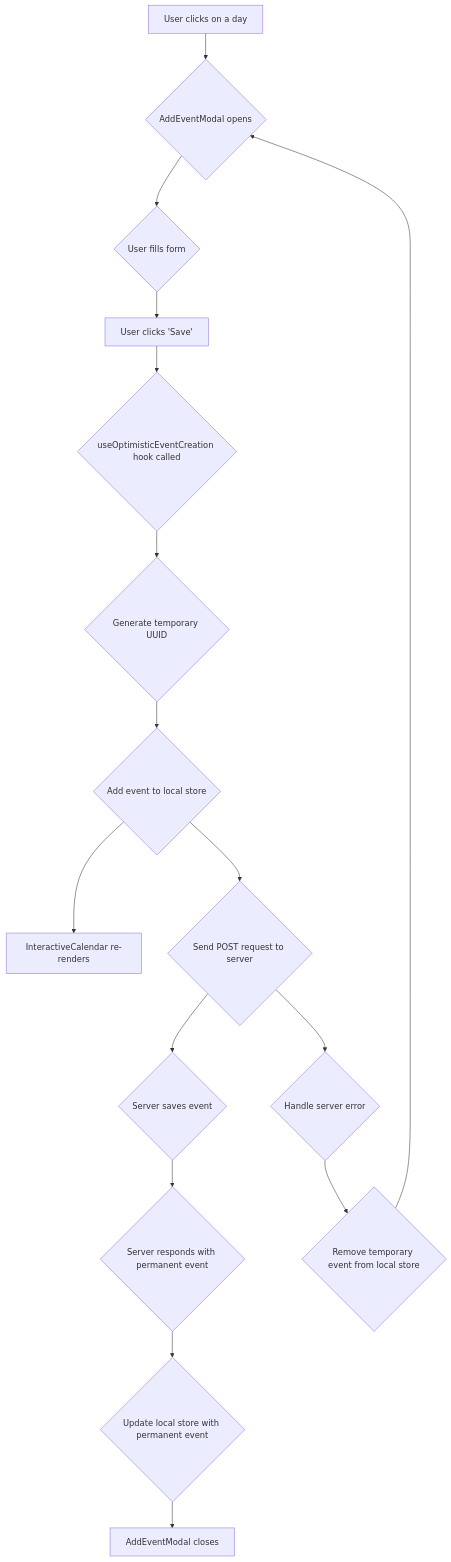
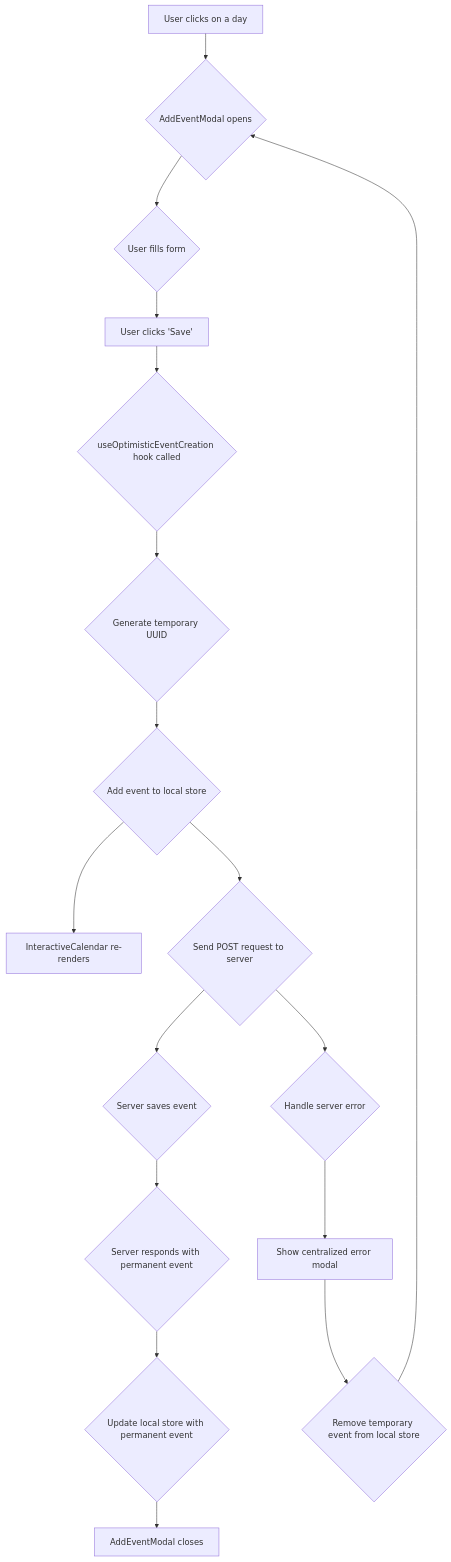
The first of 5 diagrams in README.md (smoothdev35/print-calendar-2025), drawn with Mermaid before and after one commit. The commit also changed other lines of this file and 15 other files, not shown here.

First line of the commit message:
feat(forms): implement standardized form handling and centralized error modal

````diff
--- a/README.md
+++ b/README.md
@@ -90,18 +132,19 @@
 ```mermaid
 graph TD
     A[User clicks on a day] --> B{AddEventModal opens};
     B --> C{User fills form};
     C --> D[User clicks 'Save'];
     D --> E{useOptimisticEventCreation hook called};
     E --> F{Generate temporary UUID};
     F --> G{Add event to local store};
     G --> H[InteractiveCalendar re-renders];
     G --> I{Send POST request to server};
     I --> J{Server saves event};
     J --> K{Server responds with permanent event};
     K --> L{Update local store with permanent event};
     L --> O[AddEventModal closes];
     I --> M{Handle server error};
-    M --> N{Remove temporary event from local store};
+    M --> ShowErrorModal[Show centralized error modal];
+    ShowErrorModal --> N{Remove temporary event from local store};
     N --> B;
 ```
````
